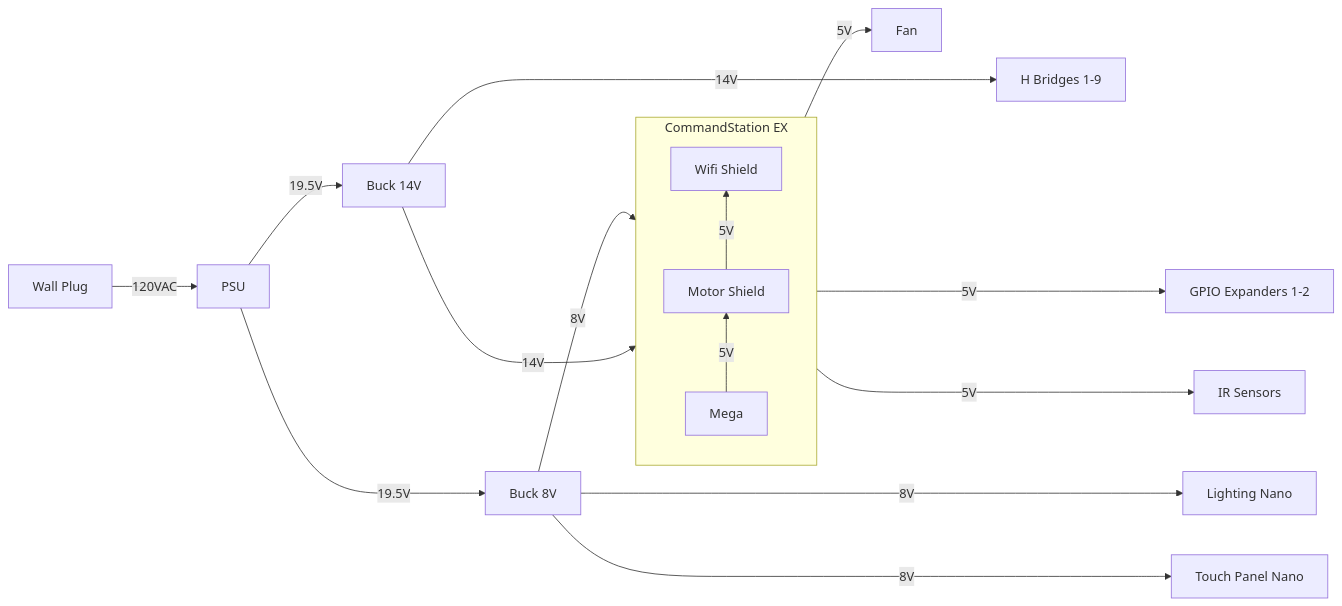
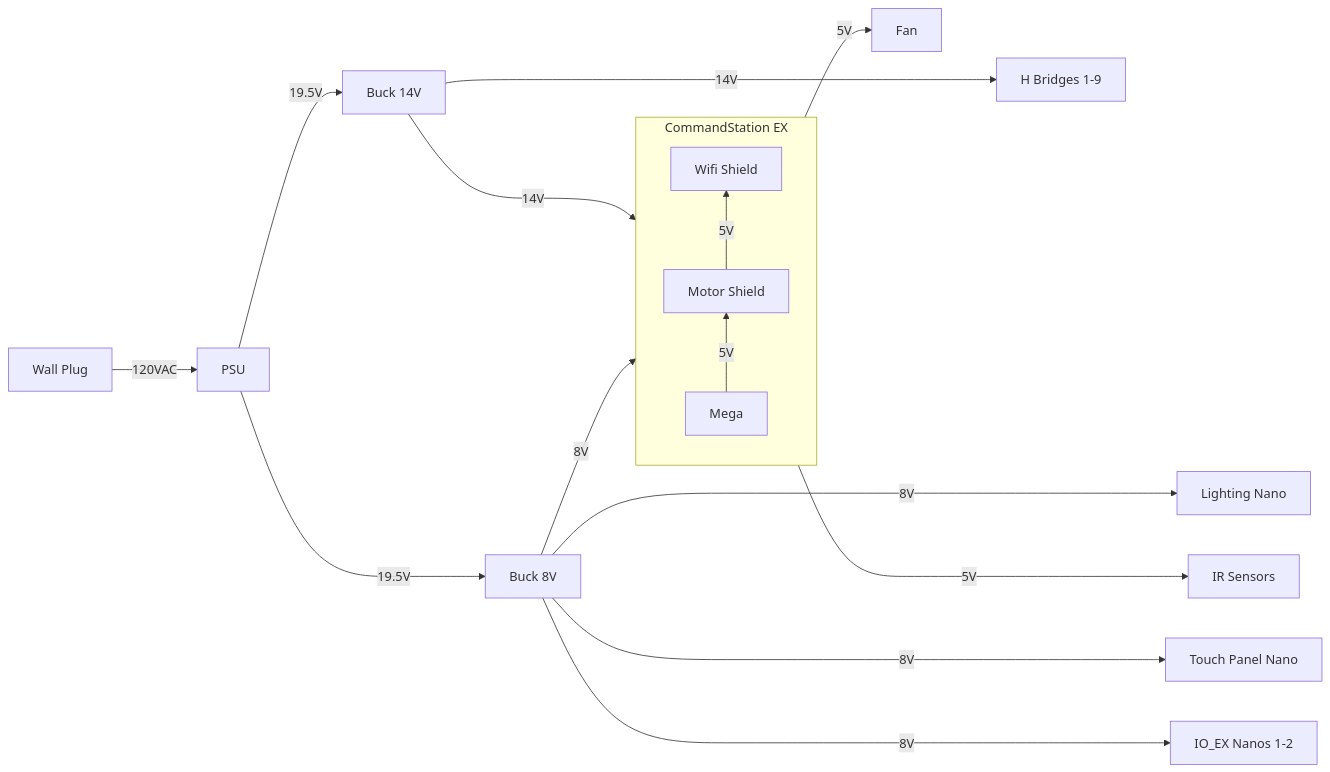
Before and after one commit to kmltechio/lumber_district: the first of 4 diagrams in diagrams.md, drawn with Mermaid. The commit also changed other lines of this file, not shown here.

````diff
--- a/diagrams.md
+++ b/diagrams.md
@@ -3,27 +3,27 @@
 ```mermaid
 flowchart LR
   P120[Wall Plug]
   PSU
   P120 -->|120VAC| PSU
   Buck14[Buck 14V]
   Buck8[Buck 8V]
   PSU -->|19.5V| Buck14 & Buck8
   subgraph CmdStn[CommandStation EX]
     direction BT
     Mega
     Motor[Motor Shield]
     WiFi[Wifi Shield]
     Mega -->|5V| Motor -->|5V| WiFi
     end
   Lights[Lighting Nano]
   Touch[Touch Panel Nano]
-  Gpio["GPIO Expanders 1-2"]
+  Gpio["IO_EX Nanos 1-2"]
   HBridge["H Bridges 1-9"]
   IRSensors[IR Sensors]
   Buck8 -->|8V| Mega
-  Buck8 ----->|8V| Lights & Touch
+  Buck8 ----->|8V| Lights & Touch & Gpio
   Buck14 ----->|14V| HBridge
   Buck14 --->|14V| Motor
-  Mega ---->|5V| Gpio & IRSensors
+  Mega ---->|5V| IRSensors
   Mega -->|5V| Fan
 ```
````
